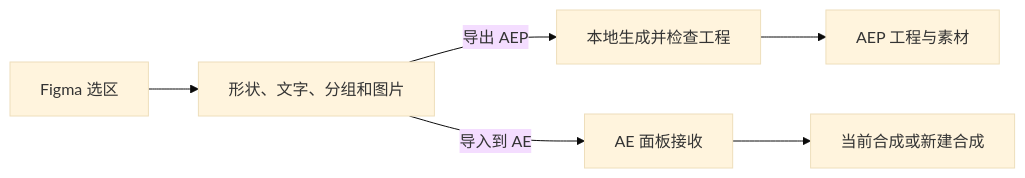
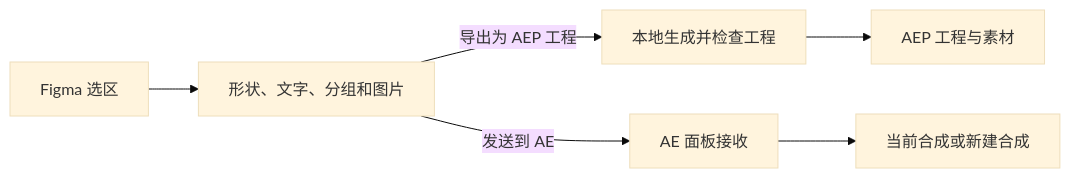
One commit to TelosmaYLX/Figma2Ae changed the diagram in README.md. Above: the diagram before and after it, drawn with Mermaid (base theme). The commit also changed other lines of this file and 4 other files, not shown here.

````diff
--- a/README.md
+++ b/README.md
@@ -33,8 +33,8 @@
 ```mermaid
 flowchart LR
     Selection["Figma 选区"] --> Layers["形状、文字、分组和图片"]
-    Layers -->|导出 AEP| Writer["本地生成并检查工程"]
+    Layers -->|导出为 AEP 工程| Writer["本地生成并检查工程"]
     Writer --> Project["AEP 工程与素材"]
-    Layers -->|导入到 AE| Panel["AE 面板接收"]
+    Layers -->|发送到 AE| Panel["AE 面板接收"]
     Panel --> Comp["当前合成或新建合成"]
 ```
````
